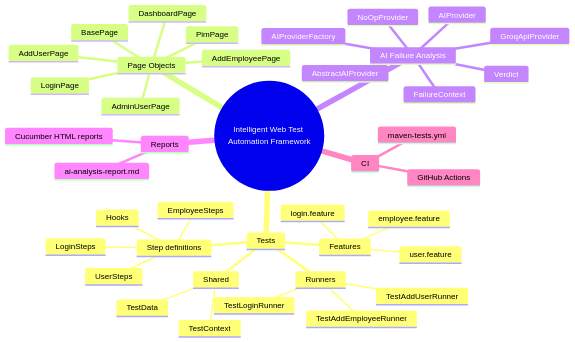
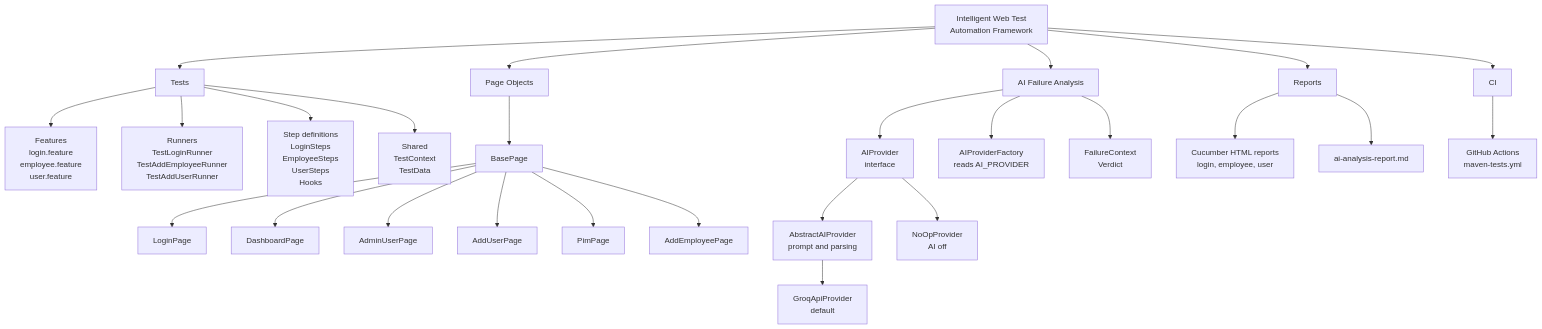
One commit to ramibentaieb-qa/IntelligentWebTestAutomationFramework changed the diagram in README.md. Above: the diagram before and after it, drawn with Mermaid.

````diff
--- a/README.md
+++ b/README.md
@@ -68,43 +68,35 @@
 ```mermaid
-mindmap
-  root((Intelligent Web Test Automation Framework))
-    Tests
-      Features
-        login.feature
-        employee.feature
-        user.feature
-      Runners
-        TestLoginRunner
-        TestAddEmployeeRunner
-        TestAddUserRunner
-      Step definitions
-        LoginSteps
-        EmployeeSteps
-        UserSteps
-        Hooks
-      Shared
-        TestContext
-        TestData
-    Page Objects
-      BasePage
-      LoginPage
-      DashboardPage
-      AdminUserPage
-      AddUserPage
-      PimPage
-      AddEmployeePage
-    AI Failure Analysis
-      AIProvider
-      AIProviderFactory
-      AbstractAIProvider
-      GroqApiProvider
-      NoOpProvider
-      FailureContext
-      Verdict
-    Reports
-      Cucumber HTML reports
-      ai-analysis-report.md
-    CI
-      GitHub Actions
-      maven-tests.yml
+flowchart TD
+    root["Intelligent Web Test<br/>Automation Framework"]
+
+    root --> tests["Tests"]
+    root --> pages["Page Objects"]
+    root --> ai["AI Failure Analysis"]
+    root --> reports["Reports"]
+    root --> ci["CI"]
+
+    tests --> features["Features<br/>login.feature<br/>employee.feature<br/>user.feature"]
+    tests --> runners["Runners<br/>TestLoginRunner<br/>TestAddEmployeeRunner<br/>TestAddUserRunner"]
+    tests --> steps["Step definitions<br/>LoginSteps<br/>EmployeeSteps<br/>UserSteps<br/>Hooks"]
+    tests --> shared["Shared<br/>TestContext<br/>TestData"]
+
+    pages --> base["BasePage"]
+    base --> login["LoginPage"]
+    base --> dash["DashboardPage"]
+    base --> adminUser["AdminUserPage"]
+    base --> addUser["AddUserPage"]
+    base --> pim["PimPage"]
+    base --> addEmp["AddEmployeePage"]
+
+    ai --> iface["AIProvider<br/>interface"]
+    ai --> factory["AIProviderFactory<br/>reads AI_PROVIDER"]
+    iface --> abstract["AbstractAIProvider<br/>prompt and parsing"]
+    abstract --> groq["GroqApiProvider<br/>default"]
+    iface --> noop["NoOpProvider<br/>AI off"]
+    ai --> data["FailureContext<br/>Verdict"]
+
+    reports --> html["Cucumber HTML reports<br/>login, employee, user"]
+    reports --> md["ai-analysis-report.md"]
+
+    ci --> gha["GitHub Actions<br/>maven-tests.yml"]
 ```
````
